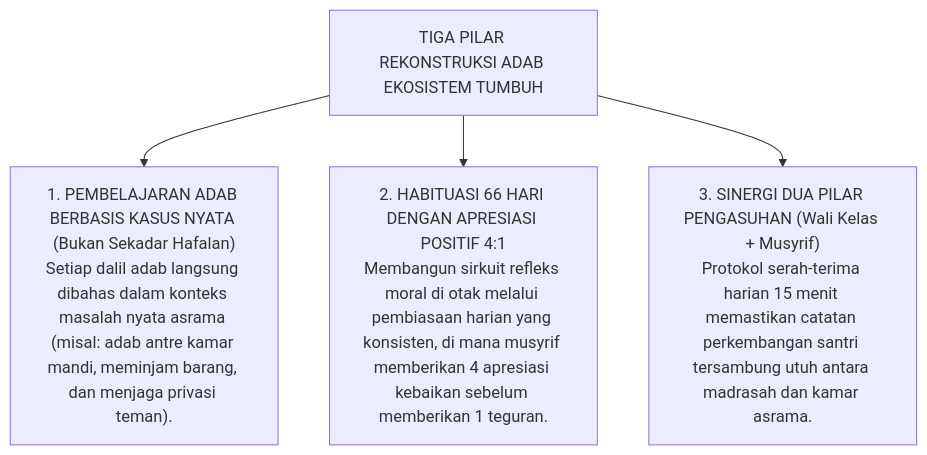
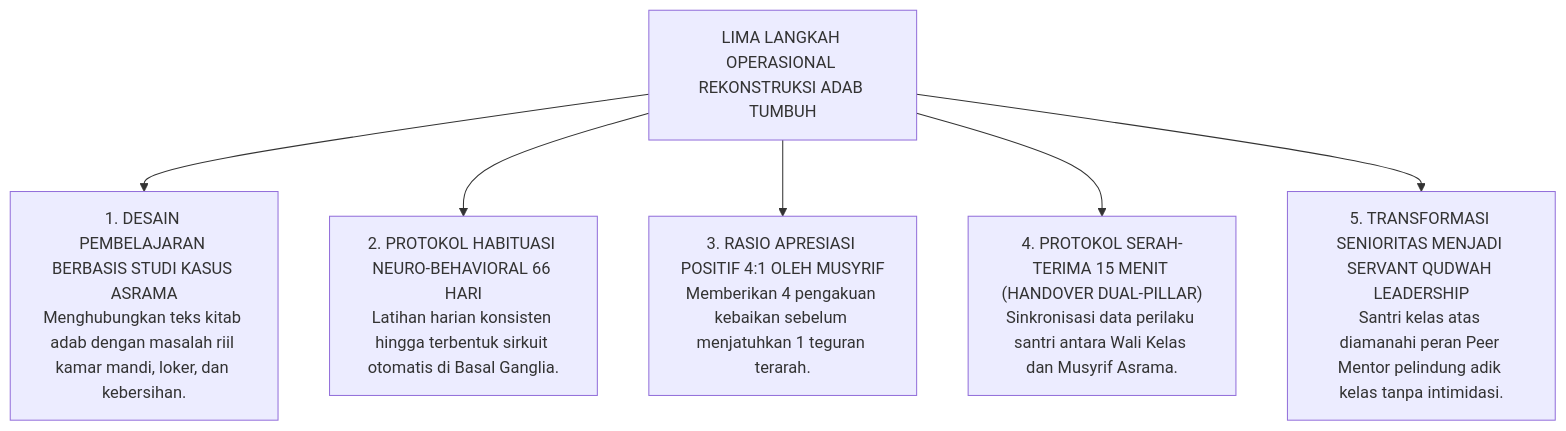
The fourth of 4 diagrams in BOOK-SERIES/Volume-01/Bab-01-Krisis-Karakter-dan-Urgensi-Rekonstruksi/01-Anomali-Pendidikan-Karakter-Tradisional.md (wandiapriliyandi/tumbuh), drawn with Mermaid before and after one commit. The commit also changed other lines of this file, not shown here.

Commit message:
docs(guide): perluas sub-bab 1.1 menjadi panduan komprehensif, naratif membumi, dan langkah praktis operasional

````diff
--- a/BOOK-SERIES/Volume-01/Bab-01-Krisis-Karakter-dan-Urgensi-Rekonstruksi/01-Anomali-Pendidikan-Karakter-Tradisional.md
+++ b/BOOK-SERIES/Volume-01/Bab-01-Krisis-Karakter-dan-Urgensi-Rekonstruksi/01-Anomali-Pendidikan-Karakter-Tradisional.md
@@ -119,10 +164,14 @@
 ```mermaid
 graph TD
-    Root["TIGA PILAR REKONSTRUKSI ADAB EKOSISTEM TUMBUH"]
+    Root["LIMA LANGKAH OPERASIONAL REKONSTRUKSI ADAB TUMBUH"]
     
-    Root --> P1["1. PEMBELAJARAN ADAB BERBASIS KASUS NYATA (Bukan Sekadar Hafalan)<br/>Setiap dalil adab langsung dibahas dalam konteks masalah nyata asrama (misal: adab antre kamar mandi, meminjam barang, dan menjaga privasi teman)."]
+    Root --> L1["1. DESAIN PEMBELAJARAN BERBASIS STUDI KASUS ASRAMA<br/>Menghubungkan teks kitab adab dengan masalah riil kamar mandi, loker, dan kebersihan."]
     
-    Root --> P2["2. HABITUASI 66 HARI DENGAN APRESIASI POSITIF 4:1<br/>Membangun sirkuit refleks moral di otak melalui pembiasaan harian yang konsisten, di mana musyrif memberikan 4 apresiasi kebaikan sebelum memberikan 1 teguran."]
+    Root --> L2["2. PROTOKOL HABITUASI NEURO-BEHAVIORAL 66 HARI<br/>Latihan harian konsisten hingga terbentuk sirkuit otomatis di Basal Ganglia."]
     
-    Root --> P3["3. SINERGI DUA PILAR PENGASUHAN (Wali Kelas + Musyrif)<br/>Protokol serah-terima harian 15 menit memastikan catatan perkembangan santri tersambung utuh antara madrasah dan kamar asrama."]
+    Root --> L3["3. RASIO APRESIASI POSITIF 4:1 OLEH MUSYRIF<br/>Memberikan 4 pengakuan kebaikan sebelum menjatuhkan 1 teguran terarah."]
+    
+    Root --> L4["4. PROTOKOL SERAH-TERIMA 15 MENIT (HANDOVER DUAL-PILLAR)<br/>Sinkronisasi data perilaku santri antara Wali Kelas dan Musyrif Asrama."]
+    
+    Root --> L5["5. TRANSFORMASI SENIORITAS MENJADI SERVANT QUDWAH LEADERSHIP<br/>Santri kelas atas diamanahi peran Peer Mentor pelindung adik kelas tanpa intimidasi."]
 ```
````
